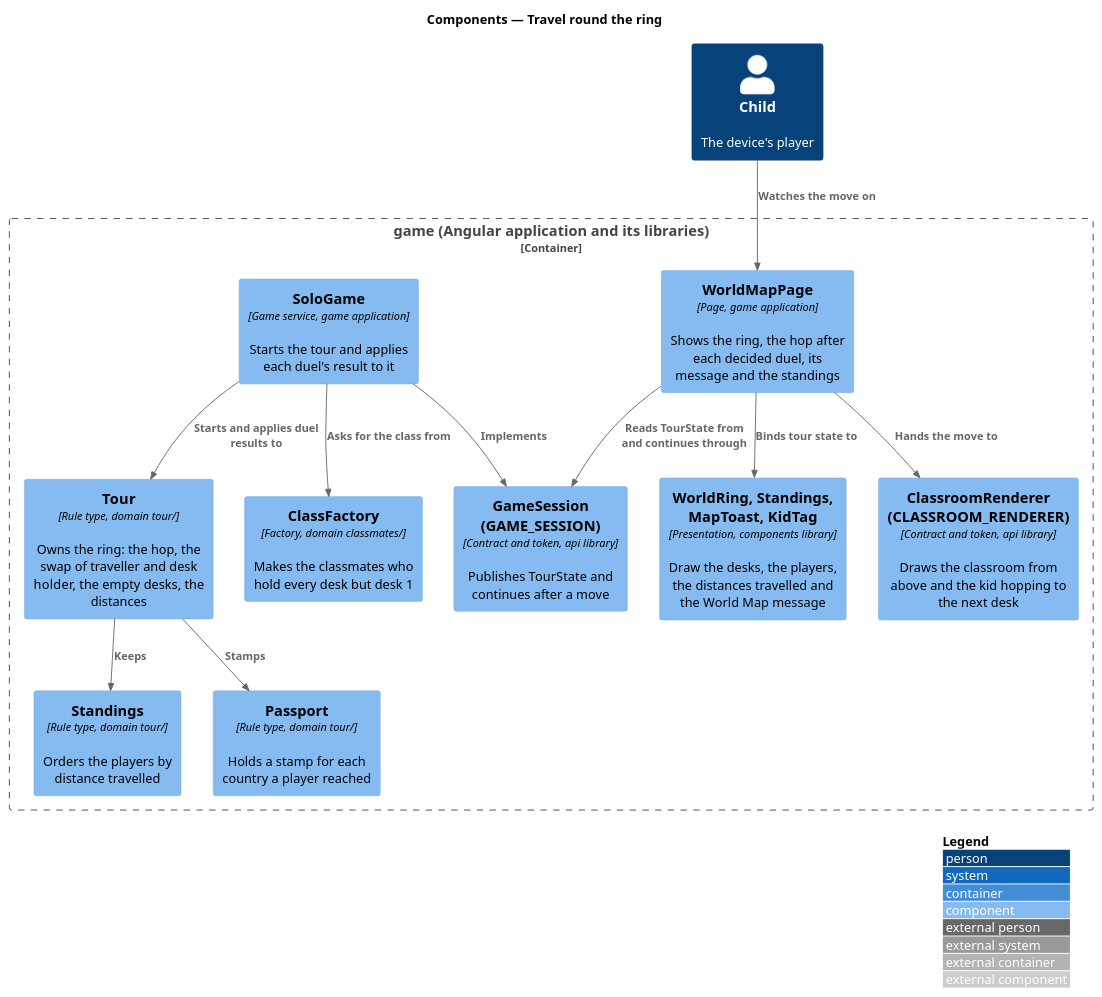
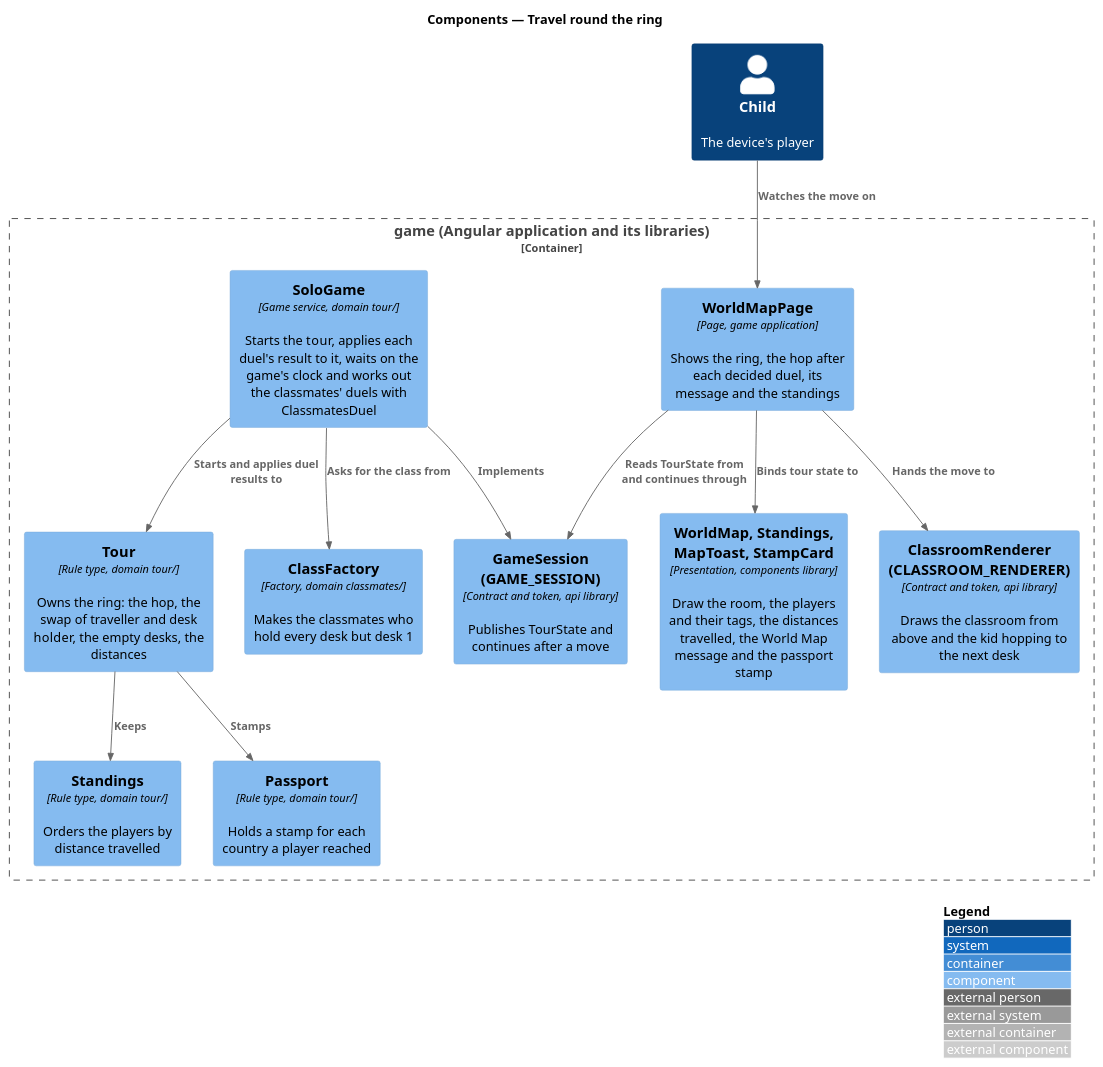
The diagram in docs/detailed-designs/tour/travel-round-ring/diagrams/c4-component.puml (QuinntyneBrown/around-the-world), drawn with PlantUML before and after one commit. The commit also changed 6 other files, not shown here.

First line of the commit message:
Bring the travel-round-ring diagrams in line with what was built

```diff
--- a/docs/detailed-designs/tour/travel-round-ring/diagrams/c4-component.puml
+++ b/docs/detailed-designs/tour/travel-round-ring/diagrams/c4-component.puml
@@ -1,27 +1,27 @@
 @startuml
 !include <C4/C4_Component>
 LAYOUT_WITH_LEGEND()
 title Components — Travel round the ring
 
 Person(child, "Child", "The device's player")
 Container_Boundary(game, "game (Angular application and its libraries)") {
   Component(page, "WorldMapPage", "Page, game application", "Shows the ring, the hop after each decided duel, its message and the standings")
-  Component(views, "WorldRing, Standings, MapToast, KidTag", "Presentation, components library", "Draw the desks, the players, the distances travelled and the World Map message")
+  Component(views, "WorldMap, Standings, MapToast, StampCard", "Presentation, components library", "Draw the room, the players and their tags, the distances travelled, the World Map message and the passport stamp")
   Component(session, "GameSession (GAME_SESSION)", "Contract and token, api library", "Publishes TourState and continues after a move")
-  Component(solo, "SoloGame", "Game service, game application", "Starts the tour and applies each duel's result to it")
+  Component(solo, "SoloGame", "Game service, domain tour/", "Starts the tour, applies each duel's result to it, waits on the game's clock and works out the classmates' duels with ClassmatesDuel")
   Component(tour, "Tour", "Rule type, domain tour/", "Owns the ring: the hop, the swap of traveller and desk holder, the empty desks, the distances")
   Component(standings, "Standings", "Rule type, domain tour/", "Orders the players by distance travelled")
   Component(passport, "Passport", "Rule type, domain tour/", "Holds a stamp for each country a player reached")
   Component(classf, "ClassFactory", "Factory, domain classmates/", "Makes the classmates who hold every desk but desk 1")
   Component(renderer, "ClassroomRenderer (CLASSROOM_RENDERER)", "Contract and token, api library", "Draws the classroom from above and the kid hopping to the next desk")
 }
 Rel(child, page, "Watches the move on")
 Rel(page, views, "Binds tour state to")
 Rel(page, session, "Reads TourState from and continues through")
 Rel(page, renderer, "Hands the move to")
 Rel(solo, session, "Implements")
 Rel(solo, classf, "Asks for the class from")
 Rel(solo, tour, "Starts and applies duel results to")
 Rel(tour, standings, "Keeps")
 Rel(tour, passport, "Stamps")
 @enduml
```
